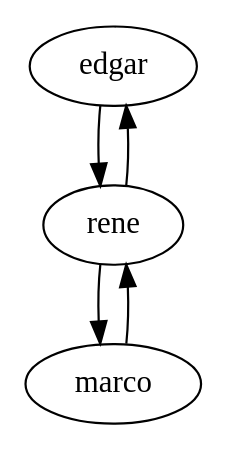
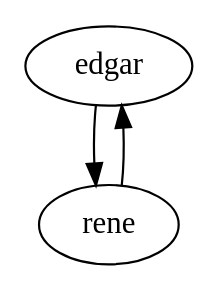
The diagram in listaUsuarios.dot (EstrellitaArmas/Proyecto2s22017_201212919), drawn with Graphviz before and after one commit. The commit also changed 12 other files, not shown here.

```diff
--- a/listaUsuarios.dot
+++ b/listaUsuarios.dot
@@ -1,1 +1,1 @@
-digraph cola {n01 [label="edgar"] ; n01 -> n02 ;n02 -> n01 ;n02 [label="rene"] ; n02 -> n03 ;n03 -> n02 ;n03 [label="marco"] ; }
+digraph cola {n01 [label="edgar"] ; n01 -> n02 ;n02 -> n01 ;n02 [label="rene"] ; }
```
